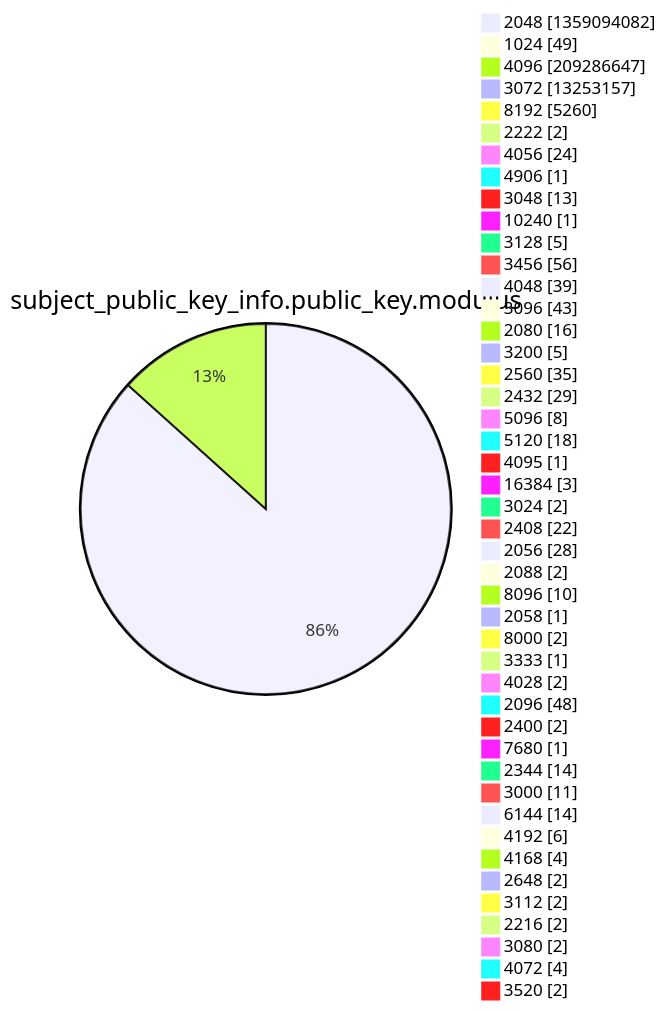
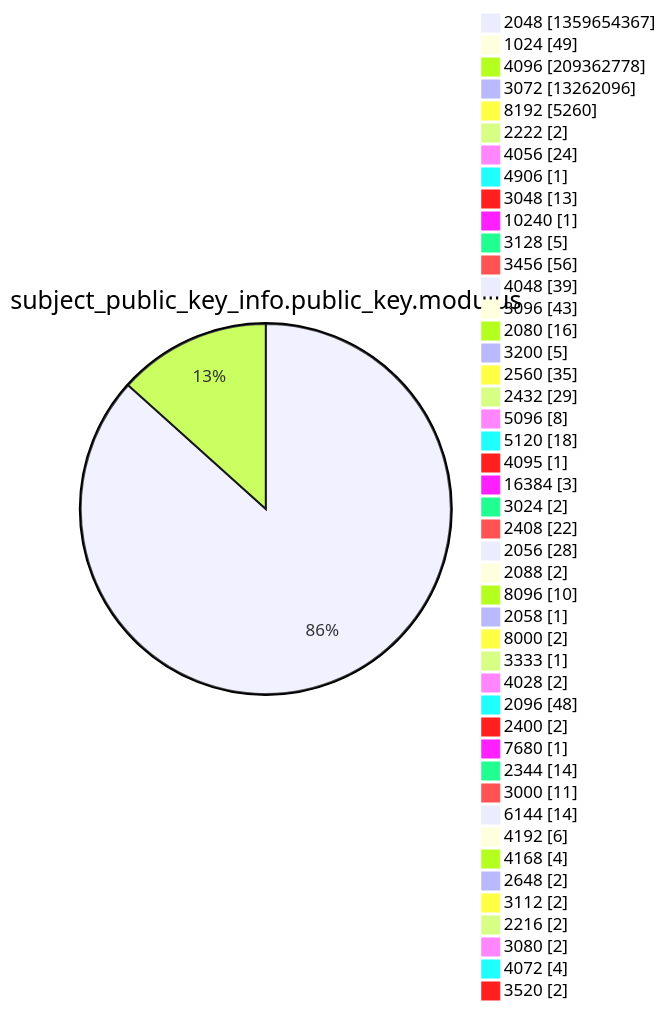
Diagram 13 of 15 in xenon2022/README.md (christiankrug/ctmonitor_visualization), drawn with Mermaid before and after one commit. The commit also changed other lines of this file, not shown here.

````diff
--- a/xenon2022/README.md
+++ b/xenon2022/README.md
@@ -3927,49 +3927,49 @@
 ```mermaid
 pie showData
 title subject_public_key_info.public_key.modulus
-"2048" :1359094082
+"2048" :1359654367
 "1024" :49
-"4096" :209286647
-"3072" :13253157
+"4096" :209362778
+"3072" :13262096
 "8192" :5260
 "2222" :2
 "4056" :24
 "4906" :1
 "3048" :13
 "10240" :1
 "3128" :5
 "3456" :56
 "4048" :39
 "3096" :43
 "2080" :16
 "3200" :5
 "2560" :35
 "2432" :29
 "5096" :8
 "5120" :18
 "4095" :1
 "16384" :3
 "3024" :2
 "2408" :22
 "2056" :28
 "2088" :2
 "8096" :10
 "2058" :1
 "8000" :2
 "3333" :1
 "4028" :2
 "2096" :48
 "2400" :2
 "7680" :1
 "2344" :14
 "3000" :11
 "6144" :14
 "4192" :6
 "4168" :4
 "2648" :2
 "3112" :2
 "2216" :2
 "3080" :2
 "4072" :4
 "3520" :2
 ```
````
